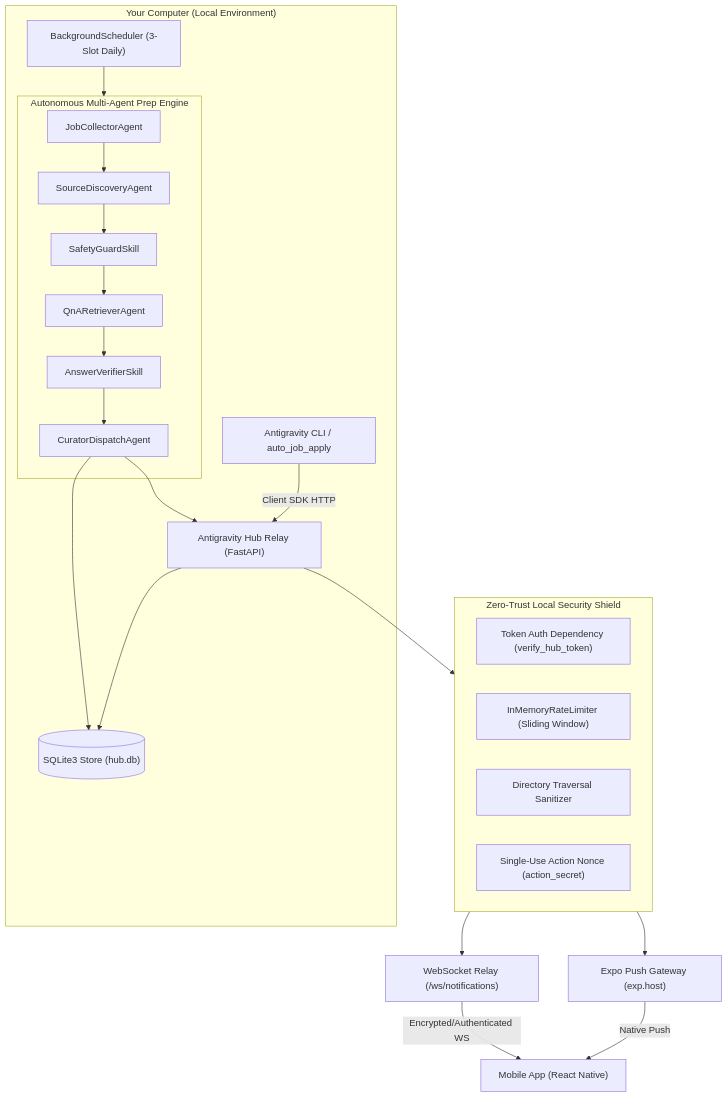
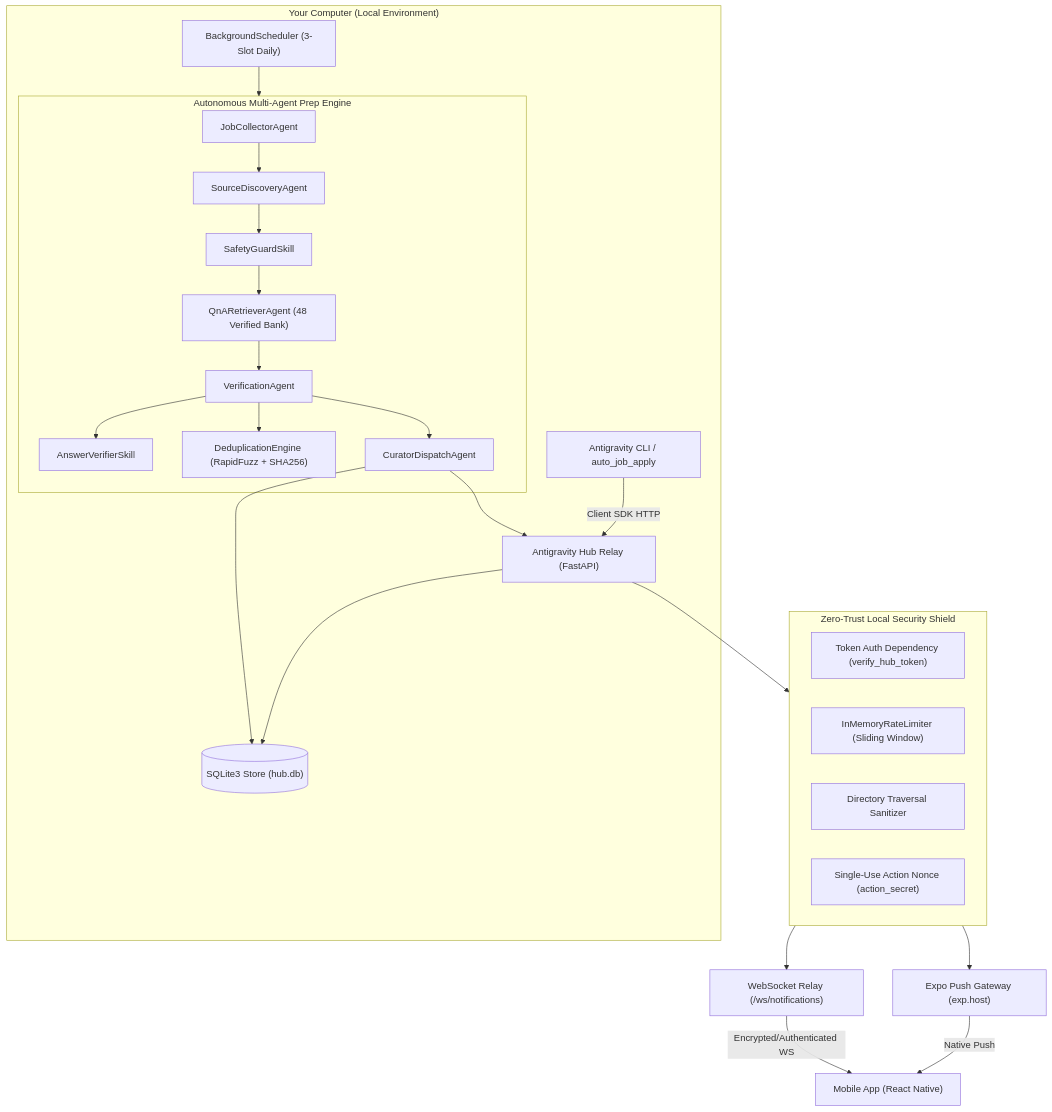
One commit to Saurabh-singhx/antigravity_hub changed the first of 3 diagrams in backend/ARCHITECTURE.md. Above: the diagram before and after it, drawn with Mermaid. The commit also changed other lines of this file and 33 other files, not shown here.

````diff
--- a/backend/ARCHITECTURE.md
+++ b/backend/ARCHITECTURE.md
@@ -15,33 +16,35 @@
 ```mermaid
 flowchart TD
     subgraph LocalPC ["Your Computer (Local Environment)"]
         CLI["Antigravity CLI / auto_job_apply"] -->|Client SDK HTTP| Relay["Antigravity Hub Relay (FastAPI)"]
         Relay --> SQLite[("SQLite3 Store (hub.db)")]
         
         subgraph MultiAgentEngine ["Autonomous Multi-Agent Prep Engine"]
             Collector["JobCollectorAgent"] --> Discovery["SourceDiscoveryAgent"]
             Discovery --> Safety["SafetyGuardSkill"]
-            Safety --> Retriever["QnARetrieverAgent"]
-            Retriever --> Verifier["AnswerVerifierSkill"]
+            Safety --> Retriever["QnARetrieverAgent (48 Verified Bank)"]
+            Retriever --> Verifier["VerificationAgent"]
+            Verifier --> AnswerVerifier["AnswerVerifierSkill"]
+            Verifier --> DedupEngine["DeduplicationEngine (RapidFuzz + SHA256)"]
             Verifier --> Curator["CuratorDispatchAgent"]
         end
         
         Scheduler["BackgroundScheduler (3-Slot Daily)"] --> MultiAgentEngine
         Curator --> SQLite
         Curator --> Relay
     end
 
     subgraph SecurityShield ["Zero-Trust Local Security Shield"]
         AuthFilter["Token Auth Dependency (verify_hub_token)"]
         RateLimiter["InMemoryRateLimiter (Sliding Window)"]
         PathSanitizer["Directory Traversal Sanitizer"]
         ActionNonce["Single-Use Action Nonce (action_secret)"]
     end
 
     Relay --> SecurityShield
     SecurityShield --> WSRelay["WebSocket Relay (/ws/notifications)"]
     SecurityShield --> ExpoPush["Expo Push Gateway (exp.host)"]
 
     WSRelay -->|Encrypted/Authenticated WS| MobileApp["Mobile App (React Native)"]
     ExpoPush -->|Native Push| MobileApp
 ```
````
